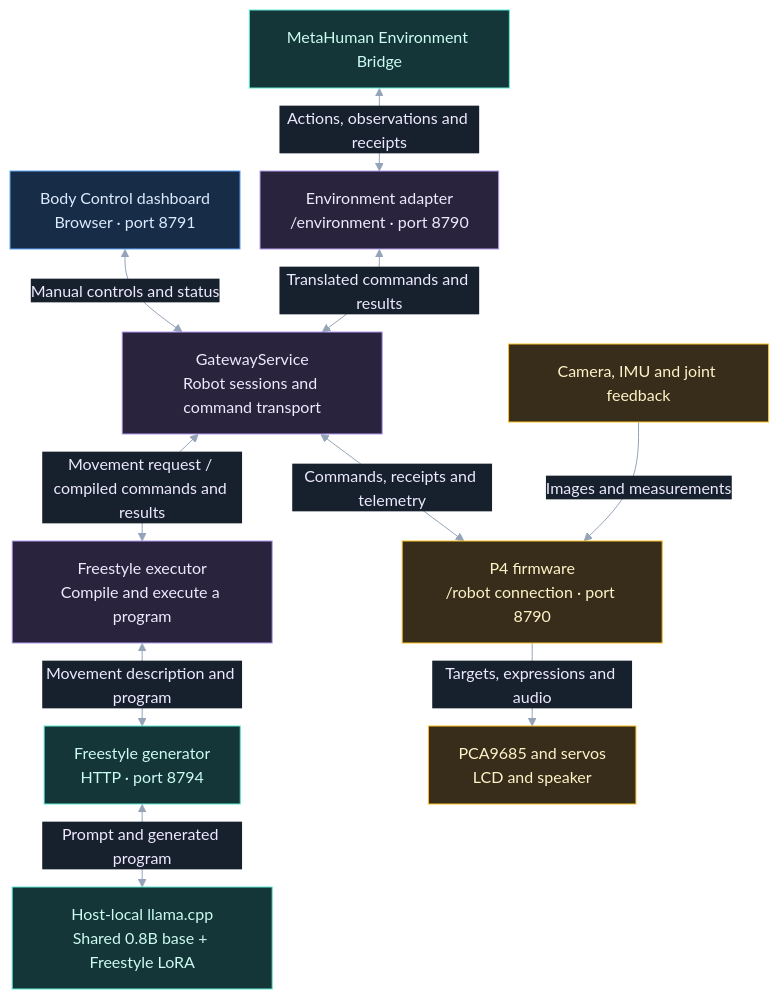
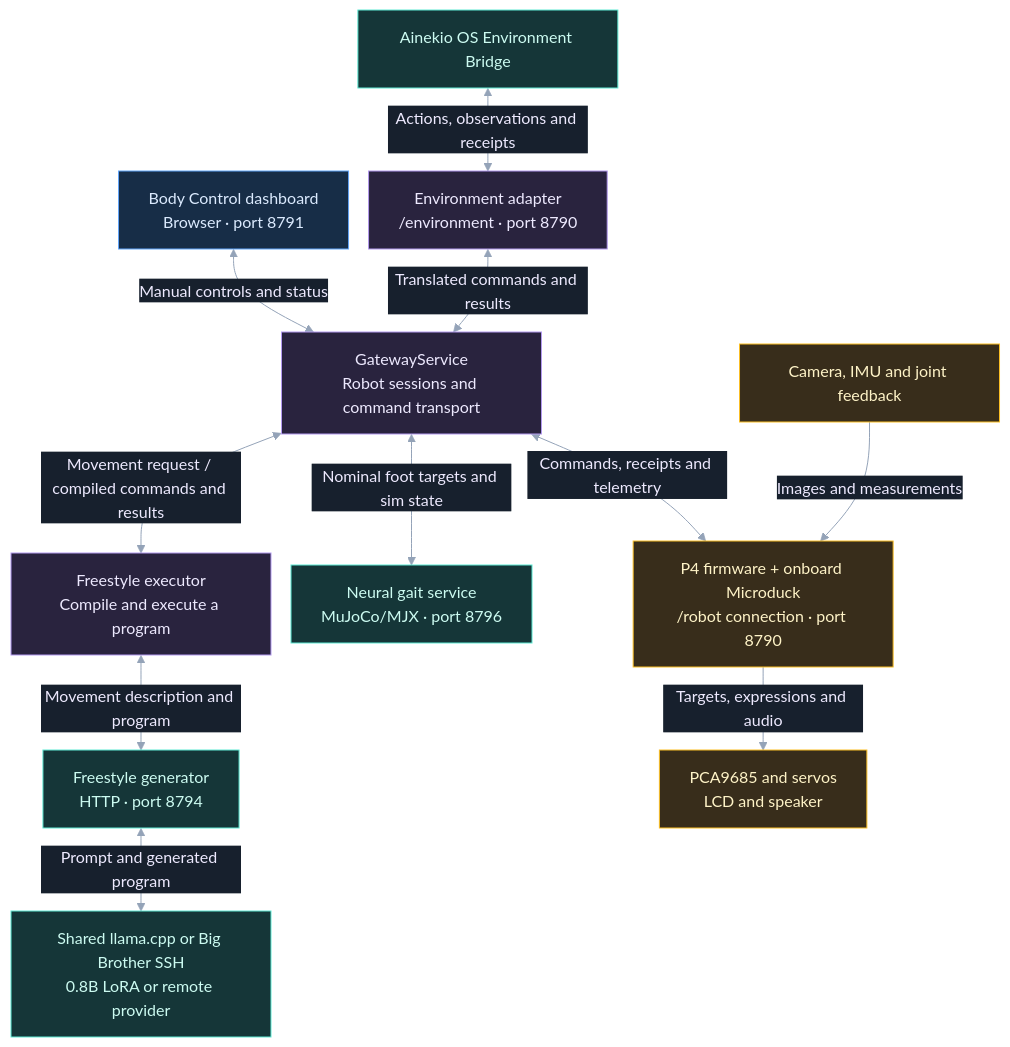
One commit to Greg-Aster/ainekio-os changed the sixth of 9 diagrams in docs/robot/SYSTEM_ARCHITECTURE.md. Above: the diagram before and after it, drawn with Mermaid. The commit also changed other lines of this file and 8 other files, not shown here.

Commit message:
docs(robot): reconcile architecture, capabilities, and maintained surface

````diff
--- a/docs/robot/SYSTEM_ARCHITECTURE.md
+++ b/docs/robot/SYSTEM_ARCHITECTURE.md
@@ -212,29 +212,31 @@
 ```mermaid
 %%{init: {"theme":"base","themeVariables":{"darkMode":true,"background":"#0f172a","primaryColor":"#29233e","primaryTextColor":"#ede9fe","primaryBorderColor":"#b39aef","lineColor":"#94a3b8","edgeLabelBackground":"#17202d","clusterBkg":"#151e2c","clusterBorder":"#526176","titleColor":"#e2e8f0","fontSize":"16px"},"flowchart":{"nodeSpacing":20,"rankSpacing":35,"useMaxWidth":true}}}%%
 flowchart TB
-  BR["MetaHuman Environment Bridge"]:::service
+  BR["Ainekio OS Environment Bridge"]:::service
   DASH["Body Control dashboard<br/>Browser · port 8791"]:::ui
   ADAPTER["Environment adapter<br/>/environment · port 8790"]:::software
   GW["GatewayService<br/>Robot sessions and command transport"]:::software
   EXEC["Freestyle executor<br/>Compile and execute a program"]:::software
   GEN["Freestyle generator<br/>HTTP · port 8794"]:::service
-  MODEL["Host-local llama.cpp<br/>Shared 0.8B base + Freestyle LoRA"]:::service
-  P4["P4 firmware<br/>/robot connection · port 8790"]:::hardware
+  MODEL["Shared llama.cpp or Big Brother SSH<br/>0.8B LoRA or remote provider"]:::service
+  NEURAL["Neural gait service<br/>MuJoCo/MJX · port 8796"]:::service
+  P4["P4 firmware + onboard Microduck<br/>/robot connection · port 8790"]:::hardware
   OUT["PCA9685 and servos<br/>LCD and speaker"]:::hardware
   SENSORS["Camera, IMU and joint feedback"]:::hardware
   BR <-->|"Actions, observations and receipts"| ADAPTER
   DASH <-->|"Manual controls and status"| GW
   ADAPTER <-->|"Translated commands and results"| GW
   GW <-->|"Movement request / compiled commands and results"| EXEC
   EXEC <-->|"Movement description and program"| GEN
   GEN <-->|"Prompt and generated program"| MODEL
+  GW <-->|"Nominal foot targets and sim state"| NEURAL
   GW <-->|"Commands, receipts and telemetry"| P4
   P4 -->|"Targets, expressions and audio"| OUT
   SENSORS -->|"Images and measurements"| P4
   classDef human fill:#263344,stroke:#cbd5e1,color:#f1f5f9
   classDef ui fill:#172d47,stroke:#60a5fa,color:#dbeafe
   classDef software fill:#29233e,stroke:#b39aef,color:#ede9fe
   classDef service fill:#153638,stroke:#5eead4,color:#ccfbf1
   classDef hardware fill:#382d1b,stroke:#fbbf24,color:#fef3c7
   classDef data fill:#263126,stroke:#86c995,color:#dcfce7
 ```
````
